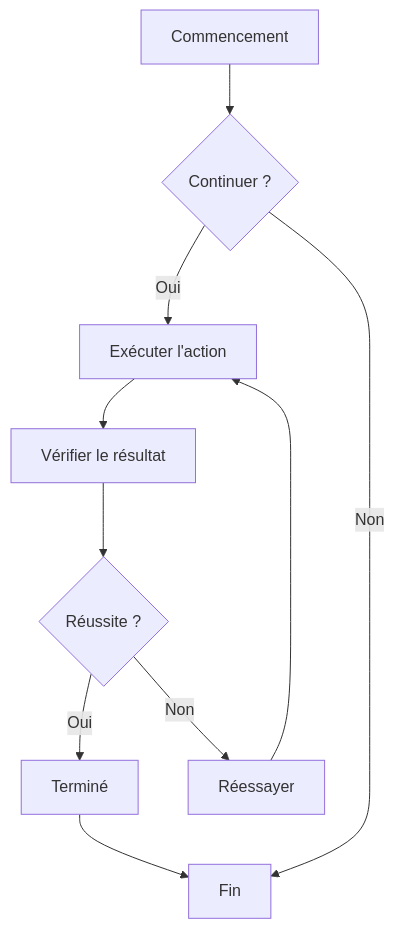
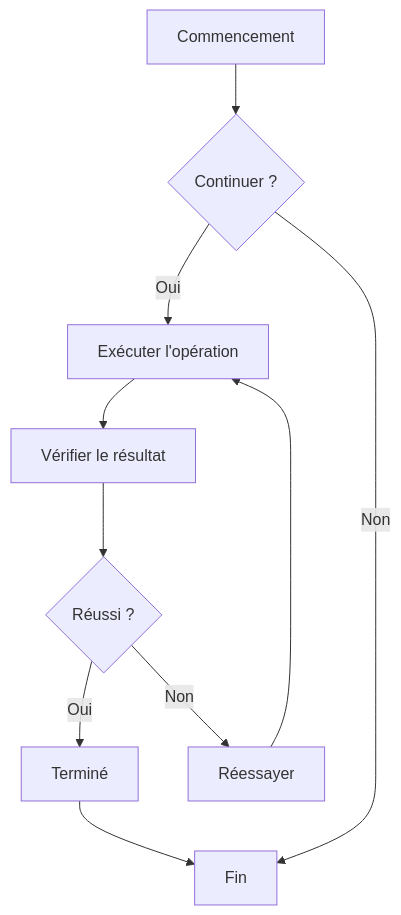
Before and after one commit to zccz14/CZON: the first of 7 diagrams in .czon/src/fr-FR/8938d6aac9c056c06137a041b8e82379bfb619bb6d435b9ecec515337dd0cd69.md, drawn with Mermaid. The commit also changed other lines of this file and 148 other files, not shown here.

````diff
--- a/.czon/src/fr-FR/8938d6aac9c056c06137a041b8e82379bfb619bb6d435b9ecec515337dd0cd69.md
+++ b/.czon/src/fr-FR/8938d6aac9c056c06137a041b8e82379bfb619bb6d435b9ecec515337dd0cd69.md
@@ -23,12 +22,12 @@
 ```mermaid
 graph TD
     A[Commencement] --> B{Continuer ?}
-    B -->|Oui| C[Exécuter l'action]
+    B -->|Oui| C[Exécuter l'opération]
     B -->|Non| D[Fin]
     C --> E[Vérifier le résultat]
-    E --> F{Réussite ?}
+    E --> F{Réussi ?}
     F -->|Oui| G[Terminé]
     F -->|Non| H[Réessayer]
     H --> C
     G --> D
 ```
````
